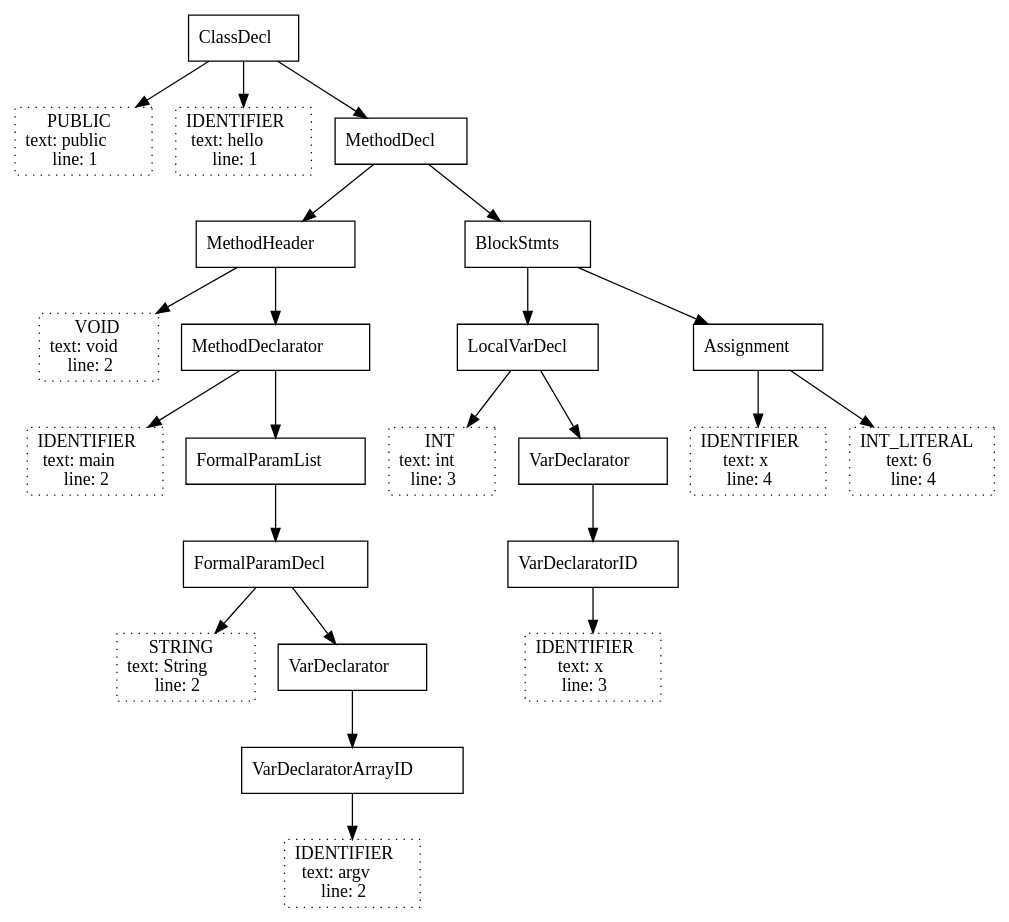
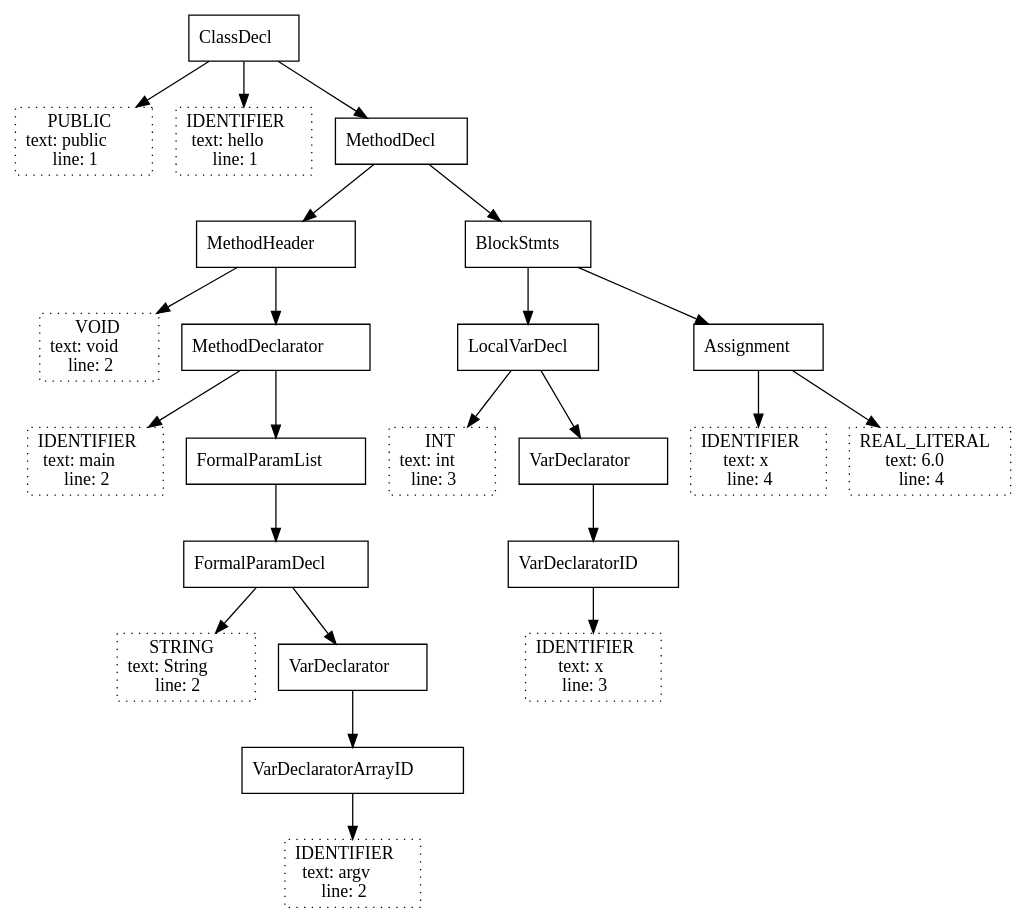
Before and after one commit to Noah-Schoonover/j0_test_cases: the diagram in j0/Assign_1.java.dot, drawn with Graphviz. The commit also changed 30 other files, not shown here.

```diff
--- a/j0/Assign_1.java.dot
+++ b/j0/Assign_1.java.dot
@@ -1,47 +1,47 @@
 digraph {
 	N0 [shape=rectangle label=<ClassDecl>]
 	N1 [shape=rectangle style=dotted label=<PUBLIC<br/> text: public <br/> line: 1>]
 	N0 -> N1
 	N2 [shape=rectangle style=dotted label=<IDENTIFIER<br/> text: hello <br/> line: 1>]
 	N0 -> N2
 	N3 [shape=rectangle label=<MethodDecl>]
 	N0 -> N3
 	N4 [shape=rectangle label=<MethodHeader>]
 	N3 -> N4
 	N5 [shape=rectangle style=dotted label=<VOID<br/> text: void <br/> line: 2>]
 	N4 -> N5
 	N6 [shape=rectangle label=<MethodDeclarator>]
 	N4 -> N6
 	N7 [shape=rectangle style=dotted label=<IDENTIFIER<br/> text: main <br/> line: 2>]
 	N6 -> N7
 	N8 [shape=rectangle label=<FormalParamList>]
 	N6 -> N8
 	N9 [shape=rectangle label=<FormalParamDecl>]
 	N8 -> N9
 	N10 [shape=rectangle style=dotted label=<STRING<br/> text: String <br/> line: 2>]
 	N9 -> N10
 	N11 [shape=rectangle label=<VarDeclarator>]
 	N9 -> N11
 	N12 [shape=rectangle label=<VarDeclaratorArrayID>]
 	N11 -> N12
 	N13 [shape=rectangle style=dotted label=<IDENTIFIER<br/> text: argv <br/> line: 2>]
 	N12 -> N13
 	N14 [shape=rectangle label=<BlockStmts>]
 	N3 -> N14
 	N15 [shape=rectangle label=<LocalVarDecl>]
 	N14 -> N15
 	N16 [shape=rectangle style=dotted label=<INT<br/> text: int <br/> line: 3>]
 	N15 -> N16
 	N17 [shape=rectangle label=<VarDeclarator>]
 	N15 -> N17
 	N18 [shape=rectangle label=<VarDeclaratorID>]
 	N17 -> N18
 	N19 [shape=rectangle style=dotted label=<IDENTIFIER<br/> text: x <br/> line: 3>]
 	N18 -> N19
 	N20 [shape=rectangle label=<Assignment>]
 	N14 -> N20
 	N21 [shape=rectangle style=dotted label=<IDENTIFIER<br/> text: x <br/> line: 4>]
 	N20 -> N21
-	N22 [shape=rectangle style=dotted label=<INT_LITERAL<br/> text: 6 <br/> line: 4>]
+	N22 [shape=rectangle style=dotted label=<REAL_LITERAL<br/> text: 6.0 <br/> line: 4>]
 	N20 -> N22
 }
```
